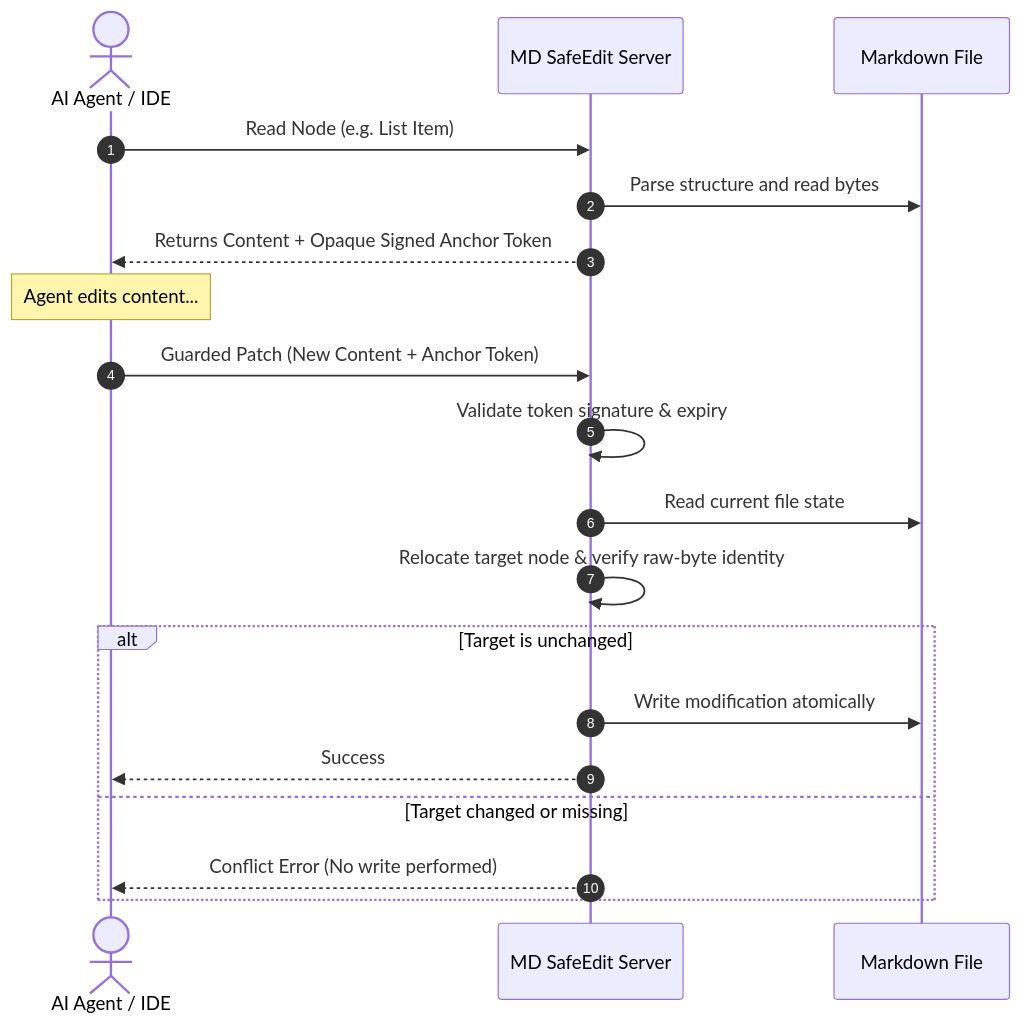
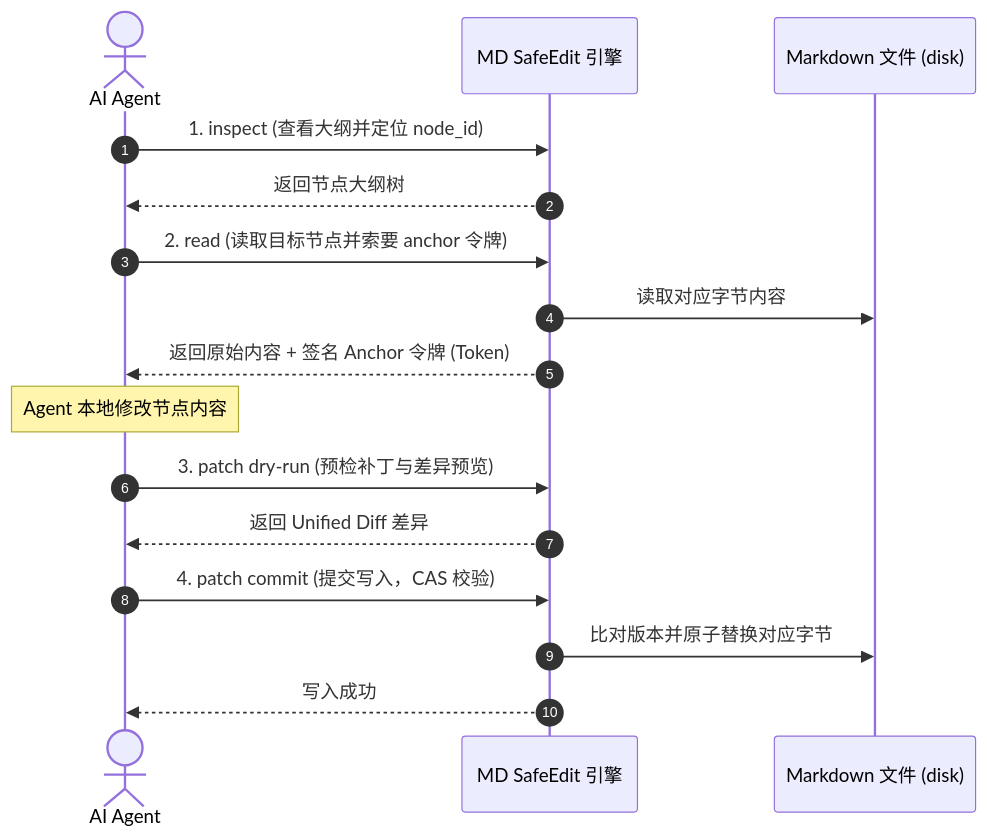
The diagram in README.md (Igloo302/md-safeedit), drawn with Mermaid before and after one commit. The commit also changed other lines of this file, not shown here.

````diff
--- a/README.md
+++ b/README.md
@@ -128,22 +52,19 @@
 ```mermaid
 sequenceDiagram
     autonumber
-    actor Agent as AI Agent / IDE
-    participant Server as MD SafeEdit Server
-    participant File as Markdown File
+    actor Agent as AI Agent
+    participant Engine as MD SafeEdit 引擎
+    participant File as Markdown 文件 (disk)
     
-    Agent->>Server: Read Node (e.g. List Item)
-    Server->>File: Parse structure and read bytes
-    Server-->>Agent: Returns Content + Opaque Signed Anchor Token
-    Note over Agent: Agent edits content...
-    Agent->>Server: Guarded Patch (New Content + Anchor Token)
-    Server->>Server: Validate token signature & expiry
-    Server->>File: Read current file state
-    Server->>Server: Relocate target node & verify raw-byte identity
-    alt Target is unchanged
-        Server->>File: Write modification atomically
-        Server-->>Agent: Success
-    else Target changed or missing
-        Server-->>Agent: Conflict Error (No write performed)
-    end
+    Agent->>Engine: 1. inspect (查看大纲并定位 node_id)
+    Engine-->>Agent: 返回节点大纲树
+    Agent->>Engine: 2. read (读取目标节点并索要 anchor 令牌)
+    Engine->>File: 读取对应字节内容
+    Engine-->>Agent: 返回原始内容 + 签名 Anchor 令牌 (Token)
+    Note over Agent: Agent 本地修改节点内容
+    Agent->>Engine: 3. patch dry-run (预检补丁与差异预览)
+    Engine-->>Agent: 返回 Unified Diff 差异
+    Agent->>Engine: 4. patch commit (提交写入，CAS 校验)
+    Engine->>File: 比对版本并原子替换对应字节
+    Engine-->>Agent: 写入成功
 ```
````
